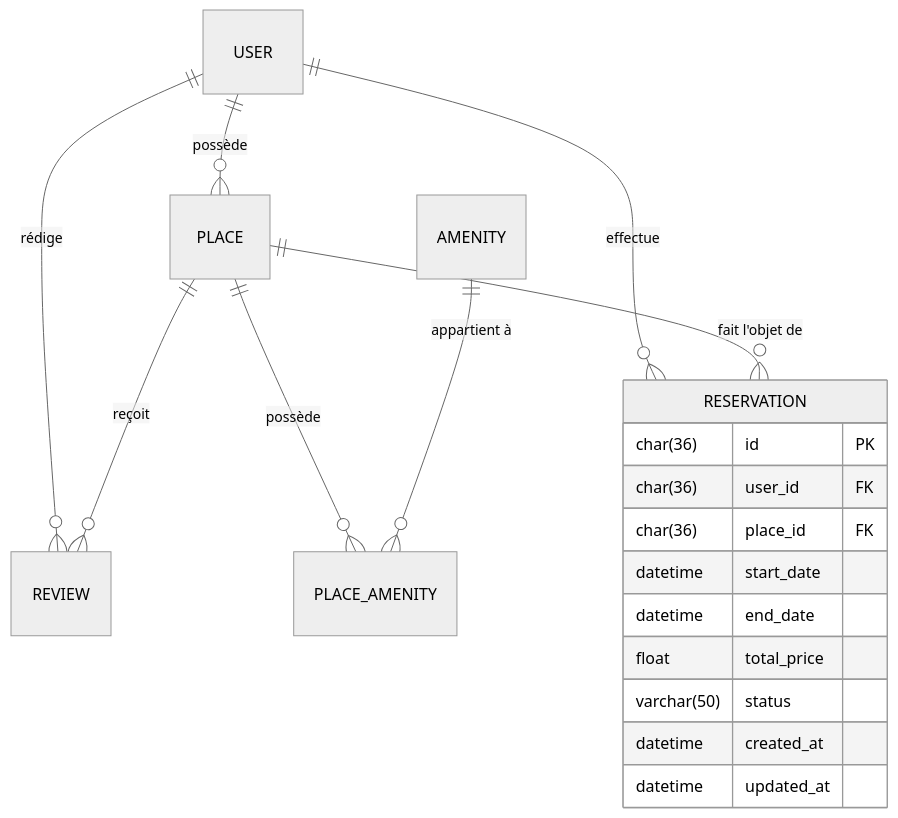
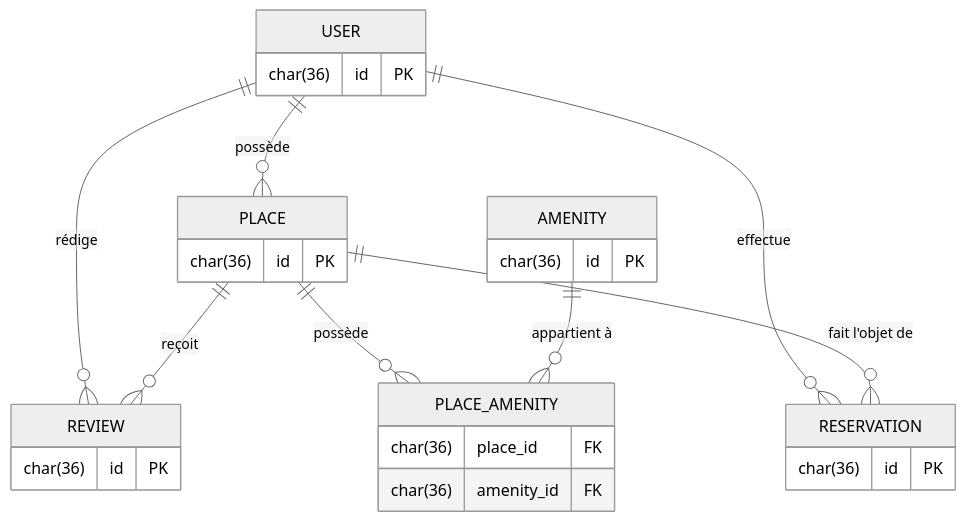
Before and after one commit to loties1533/holbertonschool-hbnb: the second of 2 diagrams in part3/hbnb/README.md, drawn with Mermaid (neutral theme). The commit also changed other lines of this file, not shown here.

Commit message:
test  readme

````diff
--- a/part3/hbnb/README.md
+++ b/part3/hbnb/README.md
@@ -139,22 +139,30 @@
 ```mermaid
 erDiagram
+    USER {
+        char(36) id PK
+    }
+    PLACE {
+        char(36) id PK
+    }
+    REVIEW {
+        char(36) id PK
+    }
+    AMENITY {
+        char(36) id PK
+    }
+    PLACE_AMENITY {
+        char(36) place_id FK
+        char(36) amenity_id FK
+    }
+    RESERVATION {
+        char(36) id PK
+    }
+
     USER ||--o{ PLACE : "possède"
     USER ||--o{ REVIEW : "rédige"
     PLACE ||--o{ REVIEW : "reçoit"
     PLACE ||--o{ PLACE_AMENITY : "possède"
     AMENITY ||--o{ PLACE_AMENITY : "appartient à"
     USER ||--o{ RESERVATION : "effectue"
     PLACE ||--o{ RESERVATION : "fait l'objet de"
-
-    RESERVATION {
-        char(36) id PK
-        char(36) user_id FK
-        char(36) place_id FK
-        datetime start_date
-        datetime end_date
-        float total_price
-        varchar(50) status
-        datetime created_at
-        datetime updated_at
-    }
 ```
````
